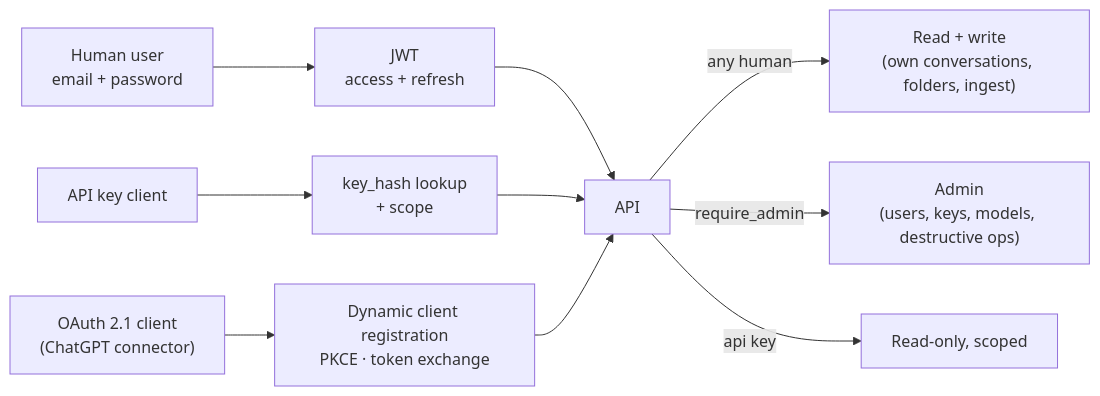
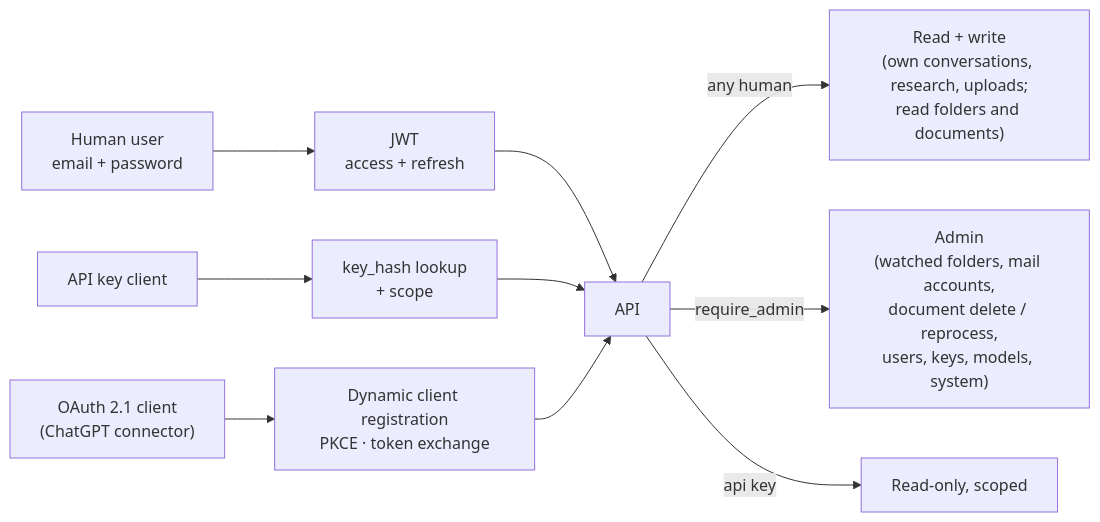
The seventh of 7 diagrams in docs/architecture.md (Maiiiry/harborclerk), drawn with Mermaid before and after one commit. The commit also changed other lines of this file and 18 other files, not shown here.

Commit message:
fix(auth): watched-folder management is admin-only; Reprocess all failed button (#852, #554) (#923)

````diff
--- a/docs/architecture.md
+++ b/docs/architecture.md
@@ -332,18 +339,18 @@
 ```mermaid
 graph LR
     human["Human user<br/>email + password"]
     apikey["API key client"]
     oauth["OAuth 2.1 client<br/>(ChatGPT connector)"]
 
     human --> jwt["JWT<br/>access + refresh"]
     apikey --> hash["key_hash lookup<br/>+ scope"]
     oauth --> dcr["Dynamic client registration<br/>PKCE · token exchange"]
 
     jwt --> api["API"]
     hash --> api
     dcr --> api
 
-    api -- "any human" --> write["Read + write<br/>(own conversations, folders, ingest)"]
-    api -- "require_admin" --> admin["Admin<br/>(users, keys, models, destructive ops)"]
+    api -- "any human" --> write["Read + write<br/>(own conversations, research, uploads;<br/>read folders and documents)"]
+    api -- "require_admin" --> admin["Admin<br/>(watched folders, mail accounts,<br/>document delete / reprocess,<br/>users, keys, models, system)"]
     api -- "api key" --> readonly["Read-only, scoped"]
 ```
````
